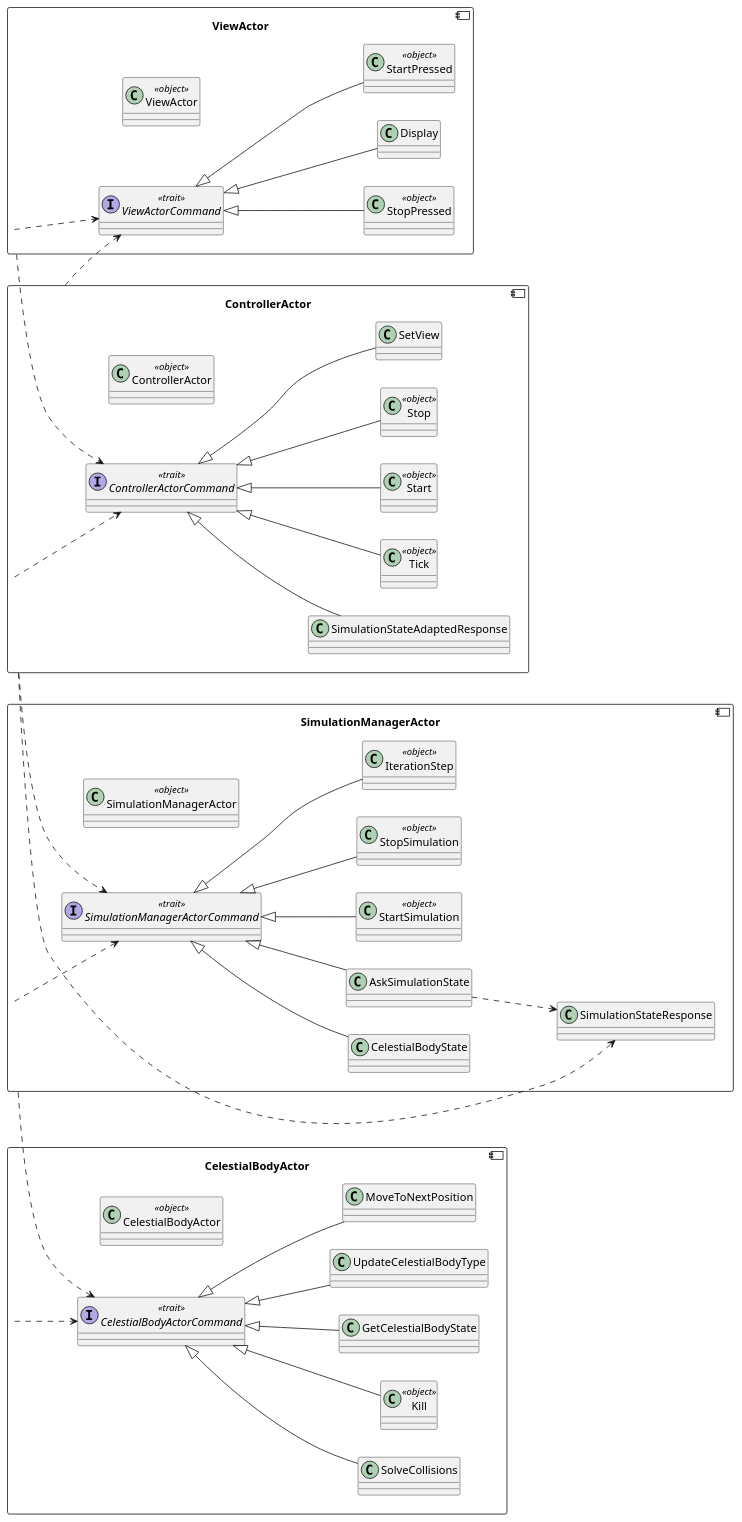
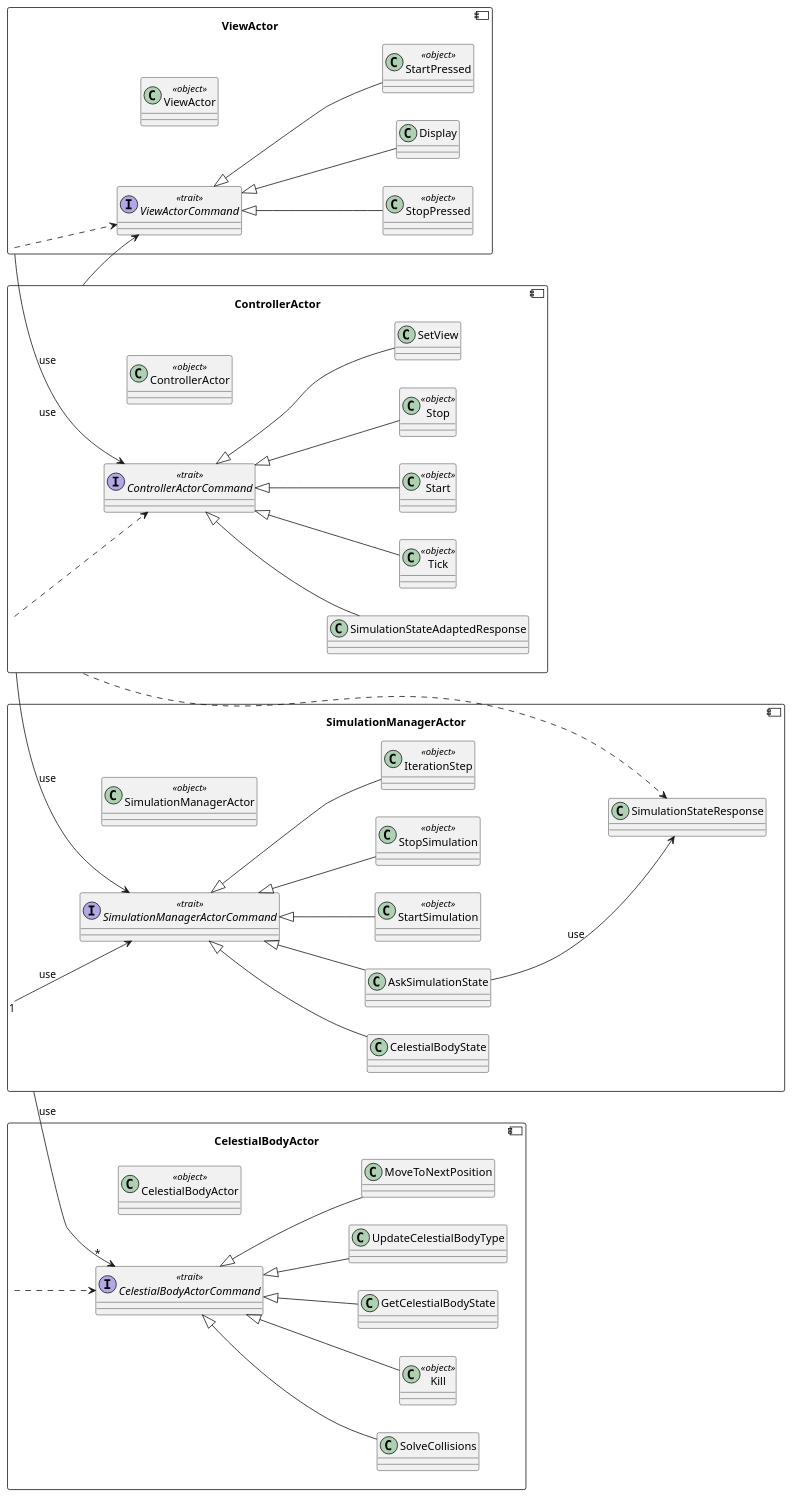
One commit to FilippoVissani/PPS-22-galaxy-sim changed the diagram in UML_diagrams/actors_class_diagram.puml. Above: the diagram before and after it, drawn with PlantUML.

Commit message:
redefined actors class diagram

```diff
--- a/UML_diagrams/actors_class_diagram.puml
+++ b/UML_diagrams/actors_class_diagram.puml
@@ -1,56 +1,56 @@
 @startuml
 
 left to right direction
 
 component ViewActor {
   class ViewActor << object >>
   interface ViewActorCommand << trait >>
   class Display extends ViewActorCommand
   class StartPressed << object >> extends ViewActorCommand
   class StopPressed << object >> extends ViewActorCommand
 }
 
 component ControllerActor{
   class ControllerActor << object >>
   interface ControllerActorCommand << trait >>
   class Start << object >> extends ControllerActorCommand
   class Stop << object >> extends ControllerActorCommand
   class SetView extends ControllerActorCommand
   class SimulationStateAdaptedResponse extends ControllerActorCommand
   class Tick << object >> extends ControllerActorCommand
 }
 
 component SimulationManagerActor{
   class SimulationManagerActor << object >>
   interface SimulationManagerActorCommand << trait >>
   class StartSimulation << object >> extends SimulationManagerActorCommand
   class StopSimulation << object >> extends SimulationManagerActorCommand
   class IterationStep << object >> extends SimulationManagerActorCommand
   class CelestialBodyState extends SimulationManagerActorCommand
   class AskSimulationState extends SimulationManagerActorCommand
   class SimulationStateResponse
 }
-AskSimulationState ..> SimulationStateResponse
+AskSimulationState --> SimulationStateResponse : use
 ControllerActor ..> SimulationStateResponse
 
 component CelestialBodyActor {
   class CelestialBodyActor << object >>
   interface CelestialBodyActorCommand << trait >>
   class GetCelestialBodyState extends CelestialBodyActorCommand
   class UpdateCelestialBodyType extends CelestialBodyActorCommand
   class MoveToNextPosition extends CelestialBodyActorCommand
   class SolveCollisions extends CelestialBodyActorCommand
   class Kill << object >> extends CelestialBodyActorCommand
 }
 
 ViewActor ..> ViewActorCommand
 ControllerActor ..> ControllerActorCommand
-SimulationManagerActor ..> SimulationManagerActorCommand
+SimulationManagerActor --> SimulationManagerActorCommand : use
 CelestialBodyActor ..> CelestialBodyActorCommand
 
-ViewActor ..> ControllerActorCommand
-ControllerActor ..> ViewActorCommand
-ControllerActor ..> SimulationManagerActorCommand
-SimulationManagerActor ..> CelestialBodyActorCommand
+ViewActor --> ControllerActorCommand : use
+ControllerActor --> ViewActorCommand : use
+ControllerActor --> SimulationManagerActorCommand : use
+SimulationManagerActor "1"-->"*" CelestialBodyActorCommand : use
 
 @enduml
```
